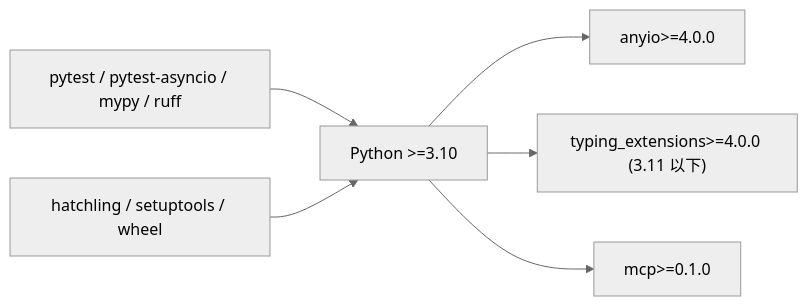
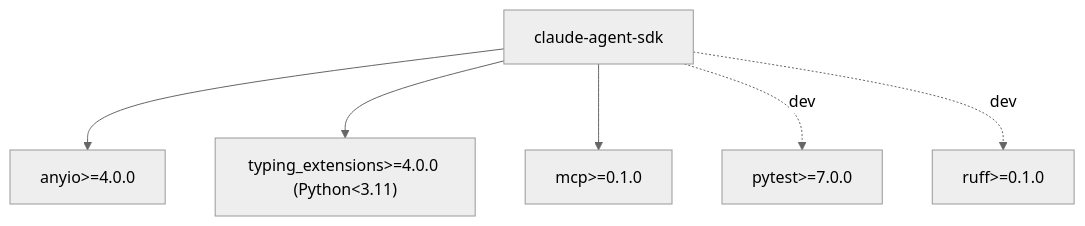
The eighth of 8 diagrams in .qoder/repowiki/zh/content/项目概述.md (defulat-coder/claude-agent-sdk-python), drawn with Mermaid (neutral theme) before and after one commit. The commit also changed other lines of this file and 77 other files, not shown here.

````diff
--- a/.qoder/repowiki/zh/content/项目概述.md
+++ b/.qoder/repowiki/zh/content/项目概述.md
@@ -318,14 +327,8 @@
 ```mermaid
-graph LR
-PY["Python >=3.10"]
-ANYIO["anyio>=4.0.0"]
-TYP["typing_extensions>=4.0.0 (3.11 以下)"]
-MCP["mcp>=0.1.0"]
-TEST["pytest / pytest-asyncio / mypy / ruff"]
-BUILD["hatchling / setuptools / wheel"]
-PY --> ANYIO
-PY --> TYP
-PY --> MCP
-TEST --> PY
-BUILD --> PY
+graph TB
+SDK["claude-agent-sdk"] --> ANYIO["anyio>=4.0.0"]
+SDK --> TYPING["typing_extensions>=4.0.0 (Python<3.11)"]
+SDK --> MCP["mcp>=0.1.0"]
+SDK -.dev.-> PYTEST["pytest>=7.0.0"]
+SDK -.dev.-> RUFF["ruff>=0.1.0"]
 ```
````
